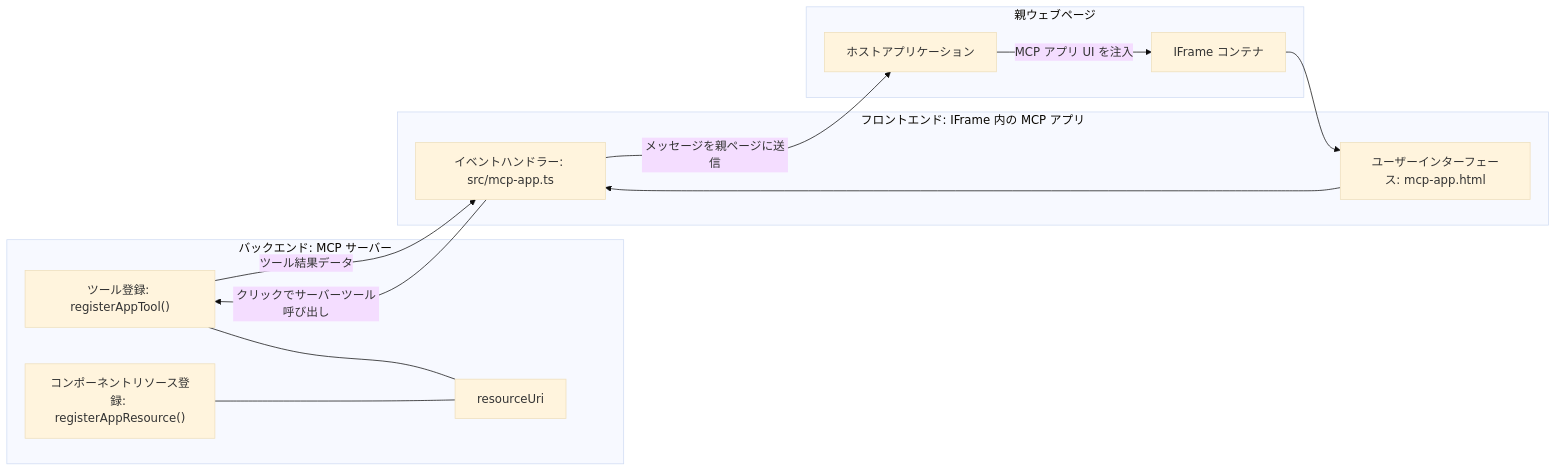
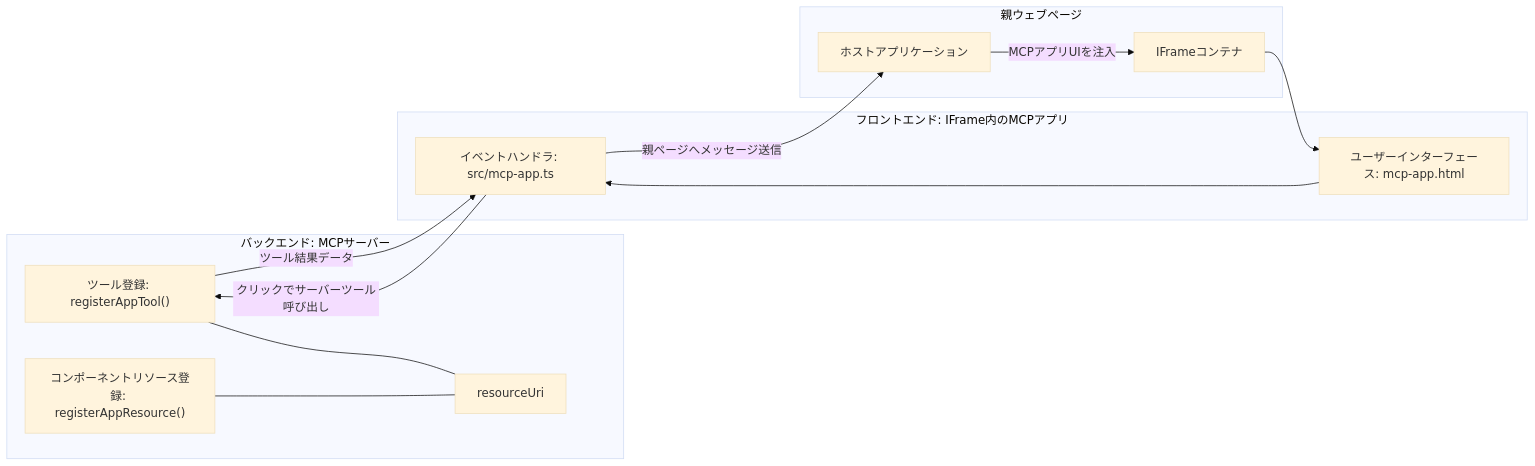
Before and after one commit to HIDORAKAI002/ai-workspace-archive: the diagram in mcp_ecosystem__model_context_protocol/mcp_learning_resources/mcp-for-beginners/translations/ja/03-GettingStarted/15-mcp-apps/README.md, drawn with Mermaid (base theme). The commit also changed other lines of this file and 1160 other files, not shown here.

````diff
--- a/mcp_ecosystem__model_context_protocol/mcp_learning_resources/mcp-for-beginners/translations/ja/03-GettingStarted/15-mcp-apps/README.md
+++ b/mcp_ecosystem__model_context_protocol/mcp_learning_resources/mcp-for-beginners/translations/ja/03-GettingStarted/15-mcp-apps/README.md
@@ -32,27 +32,27 @@
 ```mermaid
 flowchart LR
-  subgraph Backend[バックエンド: MCP サーバー]
+  subgraph Backend[バックエンド: MCPサーバー]
     T["ツール登録: registerAppTool()"]
     C["コンポーネントリソース登録: registerAppResource()"]
     U[resourceUri]
     T --- U
     C --- U
   end
 
   subgraph Parent[親ウェブページ]
     H[ホストアプリケーション]
-    IFRAME[IFrame コンテナ]
-    H -->|MCP アプリ UI を注入| IFRAME
+    IFRAME[IFrameコンテナ]
+    H -->|MCPアプリUIを注入| IFRAME
   end
 
-  subgraph Frontend[フロントエンド: IFrame 内の MCP アプリ]
+  subgraph Frontend[フロントエンド: IFrame内のMCPアプリ]
     UI["ユーザーインターフェース: mcp-app.html"]
-    EH["イベントハンドラー: src/mcp-app.ts"]
+    EH["イベントハンドラ: src/mcp-app.ts"]
     UI --> EH
   end
 
   IFRAME --> UI
   EH -->|クリックでサーバーツール呼び出し| T
   T -->|ツール結果データ| EH
-  EH -->|メッセージを親ページに送信| H
-```  
+  EH -->|親ページへメッセージ送信| H
+```
````
